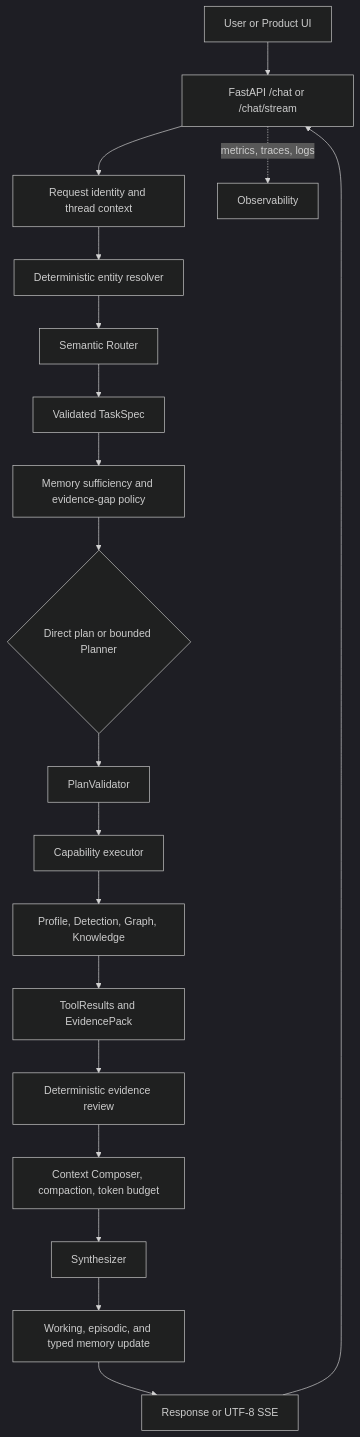
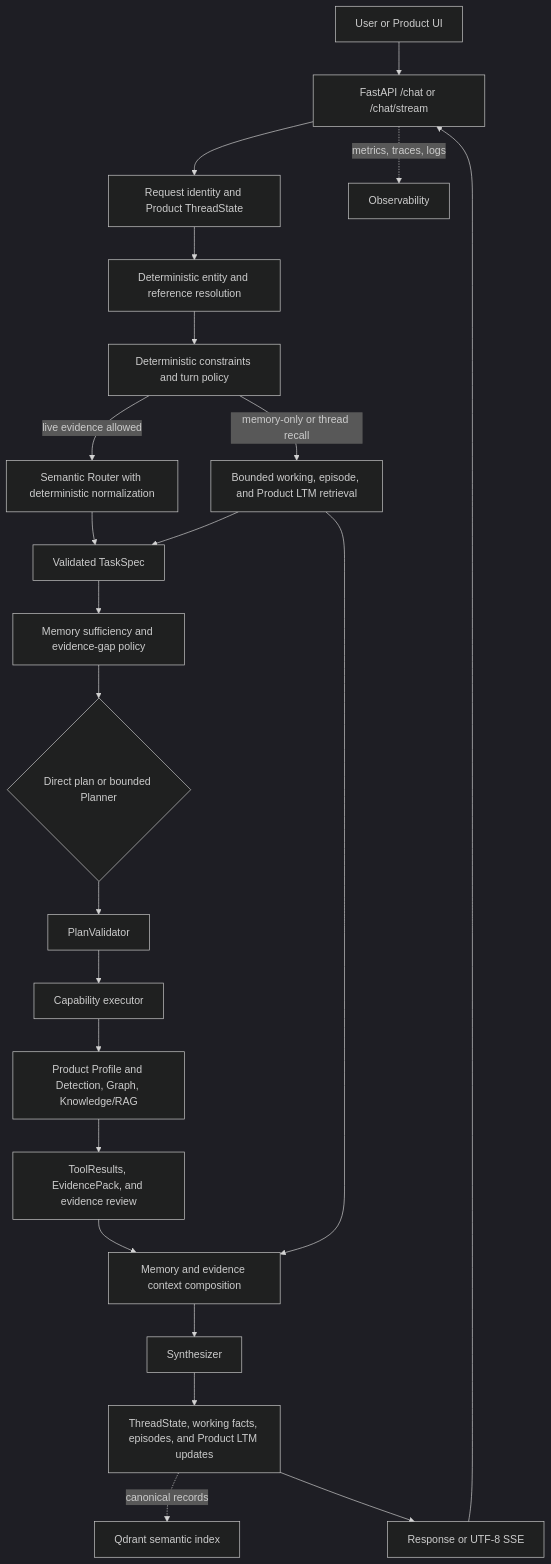
The diagram in README.md (alirzx/Soorin_Copilot), drawn with Mermaid (dark theme) before and after one commit. The commit also changed other lines of this file and 1 other file, not shown here.

````diff
--- a/README.md
+++ b/README.md
@@ -12,21 +12,25 @@
 ```mermaid
 flowchart TD
     U[User or Product UI] --> API[FastAPI /chat or /chat/stream]
-    API --> ID[Request identity and thread context]
-    ID --> ER[Deterministic entity resolver]
-    ER --> RT[Semantic Router]
+    API --> ID[Request identity and Product ThreadState]
+    ID --> ER[Deterministic entity and reference resolution]
+    ER --> CP[Deterministic constraints and turn policy]
+    CP -->|memory-only or thread recall| MR[Bounded working, episode, and Product LTM retrieval]
+    CP -->|live evidence allowed| RT[Semantic Router with deterministic normalization]
     RT --> TS[Validated TaskSpec]
+    MR --> TS
     TS --> GAP[Memory sufficiency and evidence-gap policy]
     GAP --> PLAN{Direct plan or bounded Planner}
     PLAN --> PV[PlanValidator]
     PV --> EX[Capability executor]
-    EX --> E[Profile, Detection, Graph, Knowledge]
-    E --> EP[ToolResults and EvidencePack]
-    EP --> REV[Deterministic evidence review]
-    REV --> CC[Context Composer, compaction, token budget]
+    EX --> E[Product Profile and Detection, Graph, Knowledge/RAG]
+    E --> EP[ToolResults, EvidencePack, and evidence review]
+    EP --> CC[Memory and evidence context composition]
+    MR --> CC
     CC --> SYN[Synthesizer]
-    SYN --> MU[Working, episodic, and typed memory update]
+    SYN --> MU[ThreadState, working facts, episodes, and Product LTM updates]
+    MU -. canonical records .-> PI[Qdrant semantic index]
     MU --> OUT[Response or UTF-8 SSE]
     OUT --> API
     API -. metrics, traces, logs .-> OBS[Observability]
 ```
````
